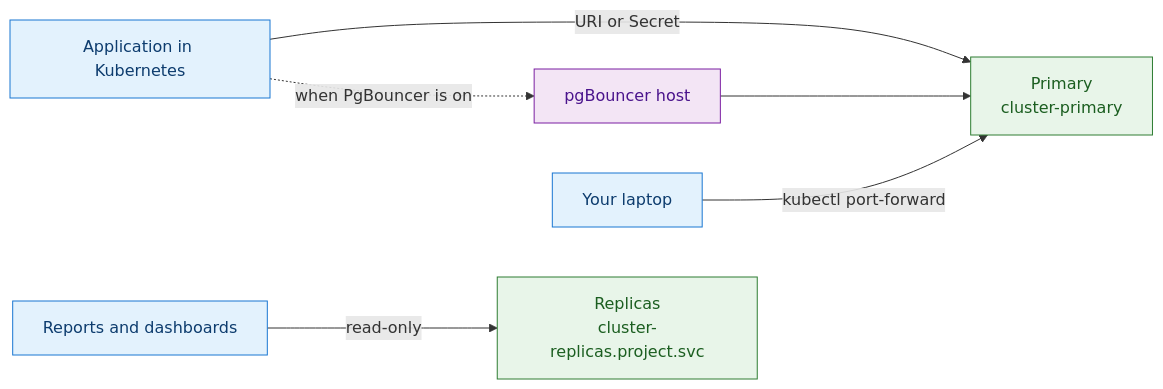
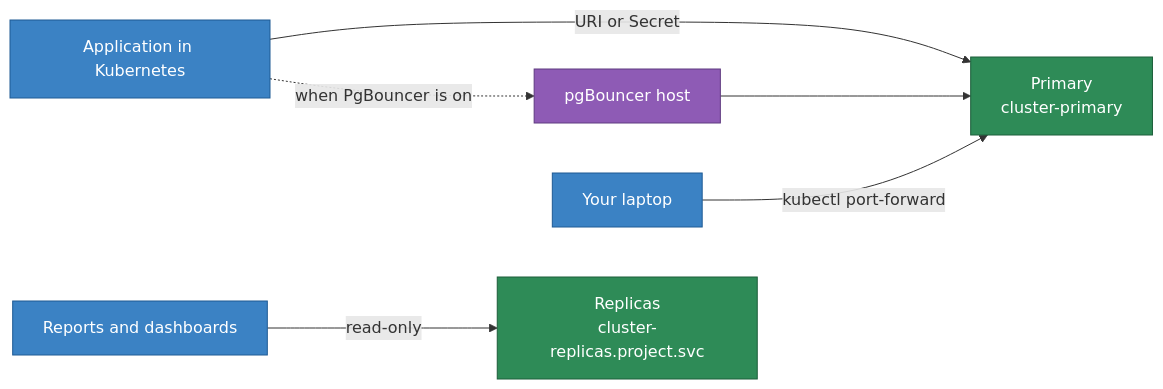
One commit to AdityaPanchall/keenpg-documentation changed the seventh of 12 diagrams in docs/console.md. Above: the diagram before and after it, drawn with Mermaid. The commit also changed other lines of this file and 1 other file, not shown here.

````diff
--- a/docs/console.md
+++ b/docs/console.md
@@ -804,15 +716,15 @@
 ```mermaid
 flowchart LR
     APP["Application in Kubernetes"] -->|"URI or Secret"| PRI["Primary<br/>cluster-primary"]
     APP -.->|"when PgBouncer is on"| PGB["pgBouncer host"]
     PGB --> PRI
     REP["Reports and dashboards"] -->|"read-only"| RPL["Replicas<br/>cluster-replicas.project.svc"]
     LAP["Your laptop"] -->|"kubectl port-forward"| PRI
 
-    classDef step fill:#e3f2fd,stroke:#1976d2,color:#0d3c6e
-    classDef ok fill:#e8f5e9,stroke:#2e7d32,color:#1b5e20
-    classDef opt fill:#f3e5f5,stroke:#7b1fa2,color:#4a148c
+    classDef step fill:#3b82c4,stroke:#1e5a94,color:#fff
+    classDef ok fill:#2e8b57,stroke:#1c5e3a,color:#fff
+    classDef opt fill:#8e5bb5,stroke:#5f3a80,color:#fff
     class APP,REP,LAP step
     class PRI,RPL ok
     class PGB opt
 ```
````
